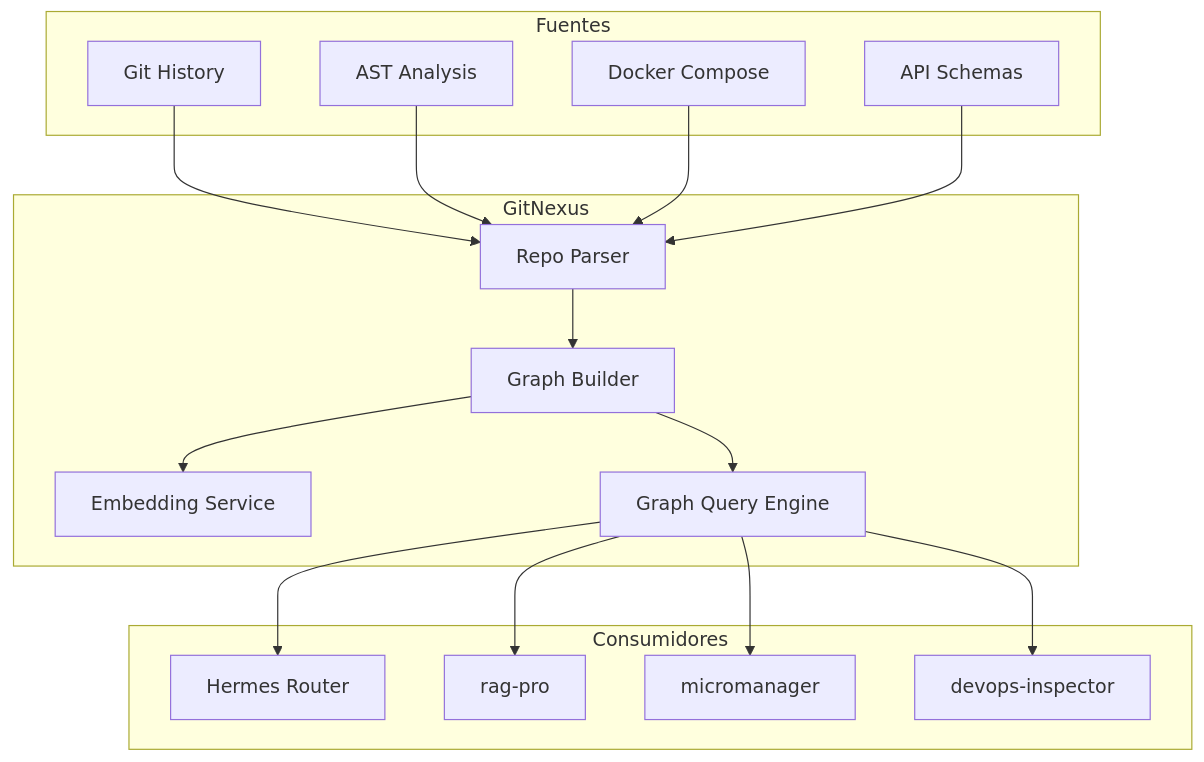
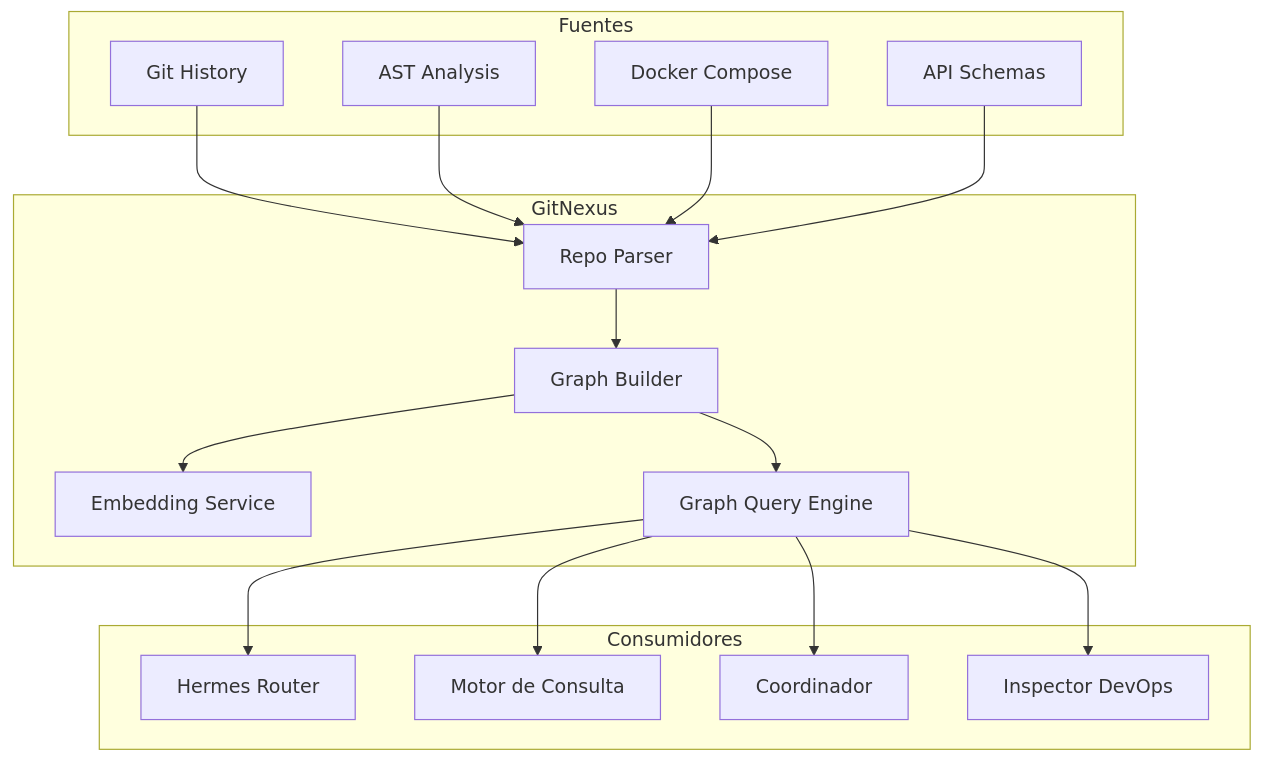
One commit to Aquilesnake/COALA-SwarmOps changed the first of 2 diagrams in docs/HERMES_NEXUS_ROADMAP.md. Above: the diagram before and after it, drawn with Mermaid. The commit also changed other lines of this file and 6 other files, not shown here.

````diff
--- a/docs/HERMES_NEXUS_ROADMAP.md
+++ b/docs/HERMES_NEXUS_ROADMAP.md
@@ -29,35 +29,35 @@
 ```mermaid
 graph TB
     subgraph GitNexus
         PARSER[Repo Parser]
         GRAPH[Graph Builder]
         EMBED[Embedding Service]
         QUERY[Graph Query Engine]
     end
 
     subgraph Fuentes
         GH[Git History]
         AST[AST Analysis]
         DOCKER[Docker Compose]
         API[API Schemas]
     end
 
     subgraph Consumidores
         HERMES[Hermes Router]
-        RAG[rag-pro]
-        MM[micromanager]
-        DEV[devops-inspector]
+        RAG[Motor de Consulta]
+        COORD[Coordinador]
+        DEV[Inspector DevOps]
     end
 
     GH --> PARSER
     AST --> PARSER
     DOCKER --> PARSER
     API --> PARSER
     PARSER --> GRAPH
     GRAPH --> EMBED
     GRAPH --> QUERY
     QUERY --> HERMES
     QUERY --> RAG
-    QUERY --> MM
+    QUERY --> COORD
     QUERY --> DEV
 ```
````
